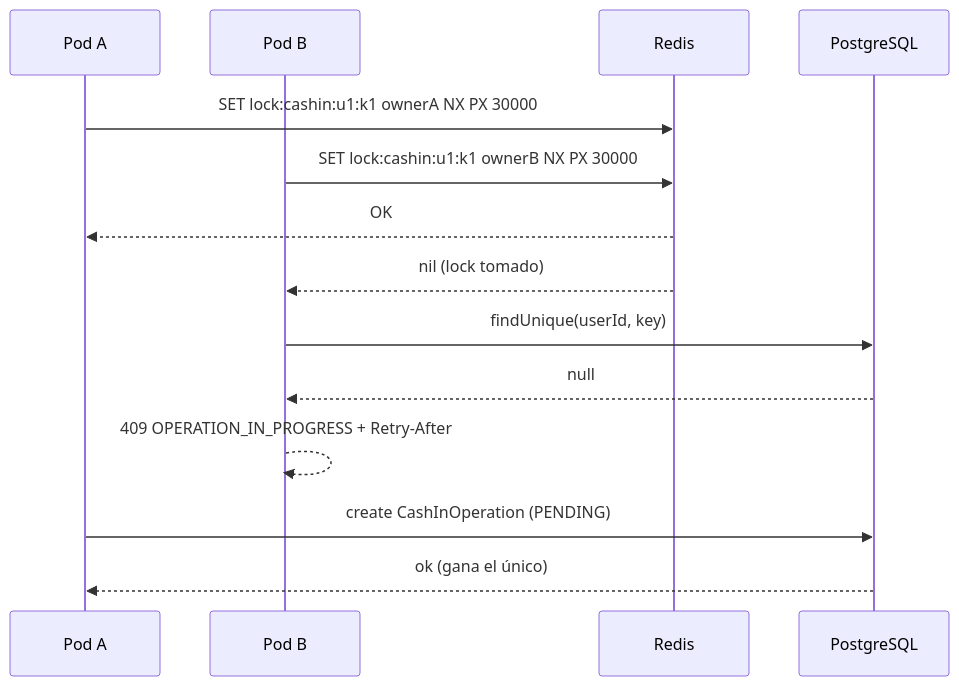
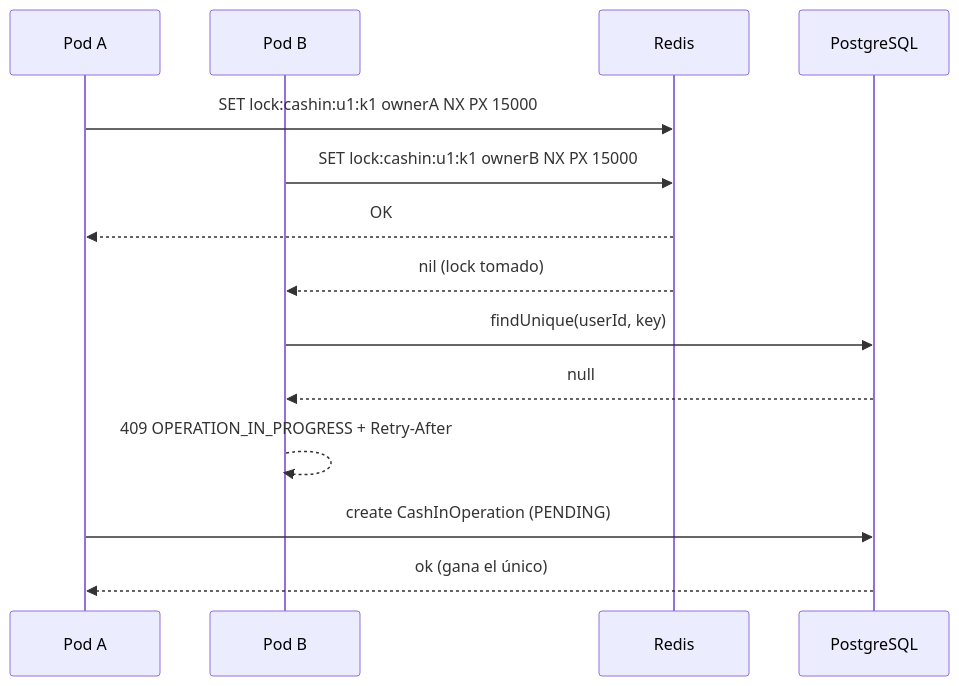
Before and after one commit to Hugo1805/rt-ligo: the second of 4 diagrams in specs/cash-in/design.md, drawn with Mermaid. The commit also changed other lines of this file and 36 other files, not shown here.

````diff
--- a/specs/cash-in/design.md
+++ b/specs/cash-in/design.md
@@ -55,16 +54,16 @@
 ```mermaid
 sequenceDiagram
   participant A as Pod A
   participant B as Pod B
   participant R as Redis
   participant DB as PostgreSQL
-  A->>R: SET lock:cashin:u1:k1 ownerA NX PX 30000
-  B->>R: SET lock:cashin:u1:k1 ownerB NX PX 30000
+  A->>R: SET lock:cashin:u1:k1 ownerA NX PX 15000
+  B->>R: SET lock:cashin:u1:k1 ownerB NX PX 15000
   R-->>A: OK
   R-->>B: nil (lock tomado)
   B->>DB: findUnique(userId, key)
   DB-->>B: null
   B-->>B: 409 OPERATION_IN_PROGRESS + Retry-After
   A->>DB: create CashInOperation (PENDING)
   DB-->>A: ok (gana el único)
 ```
````
